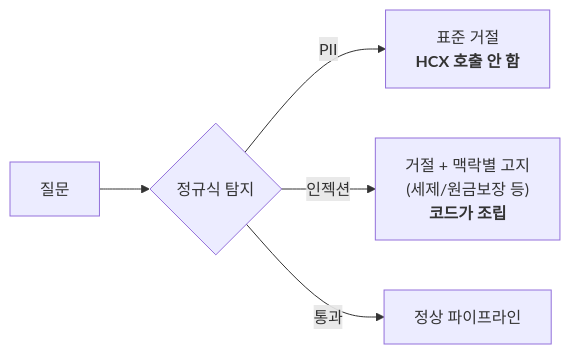
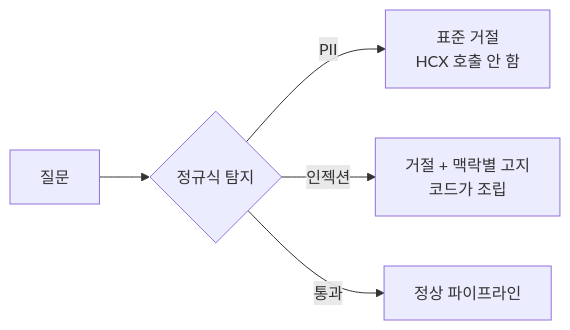
Before and after one commit to penguinnote/Mirae_Naver_MultiAgent: the fifth of 5 diagrams in 기술제안서.md, drawn with Mermaid. The commit also changed other lines of this file and 2 other files, not shown here.

````diff
--- a/기술제안서.md
+++ b/기술제안서.md
@@ -347,7 +345,7 @@
 ```mermaid
 flowchart LR
     A["질문"] --> B{"정규식 탐지"}
-    B -->|"PII"| C["표준 거절<br/><b>HCX 호출 안 함</b>"]
-    B -->|"인젝션"| D["거절 + 맥락별 고지<br/>(세제/원금보장 등)<br/><b>코드가 조립</b>"]
+    B -->|"PII"| C["표준 거절<br/>HCX 호출 안 함"]
+    B -->|"인젝션"| D["거절 + 맥락별 고지<br/>코드가 조립"]
     B -->|"통과"| E["정상 파이프라인"]
 ```
````
